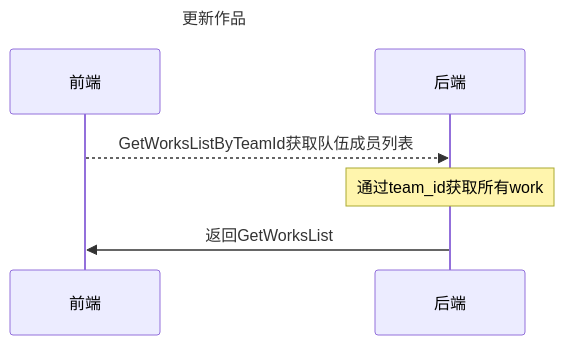
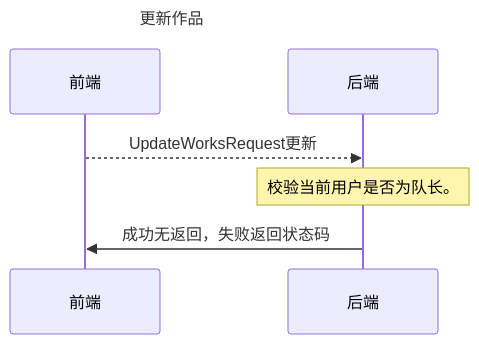
The seventh of 8 diagrams in api/thgamejam/works/WorksApi.md (Thgamejamweb/thgamejam-proto), drawn with Mermaid before and after one commit. The commit also changed other lines of this file, not shown here.

````diff
--- a/api/thgamejam/works/WorksApi.md
+++ b/api/thgamejam/works/WorksApi.md
@@ -75,9 +75,10 @@
 ```mermaid
    sequenceDiagram
     title: 更新作品
     participant 前端
     participant 后端
-    前端-->>后端: GetWorksListByTeamId获取队伍成员列表
-    note over 后端: 通过team_id获取所有work
-    后端->> 前端: 返回GetWorksList
+    前端-->>后端: UpdateWorksRequest更新
+    note over 后端: 校验当前用户是否为队长。
+后端->> 前端: 成功无返回，失败返回状态码
+  
 ```
````
